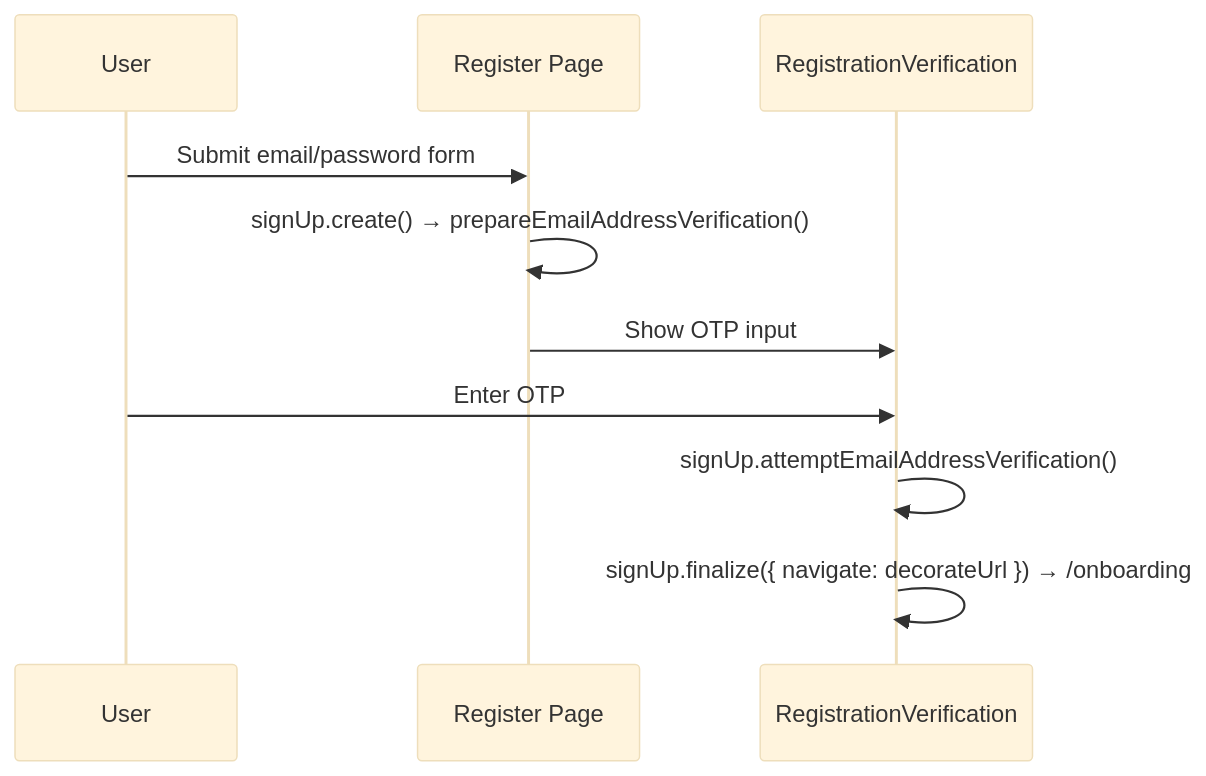
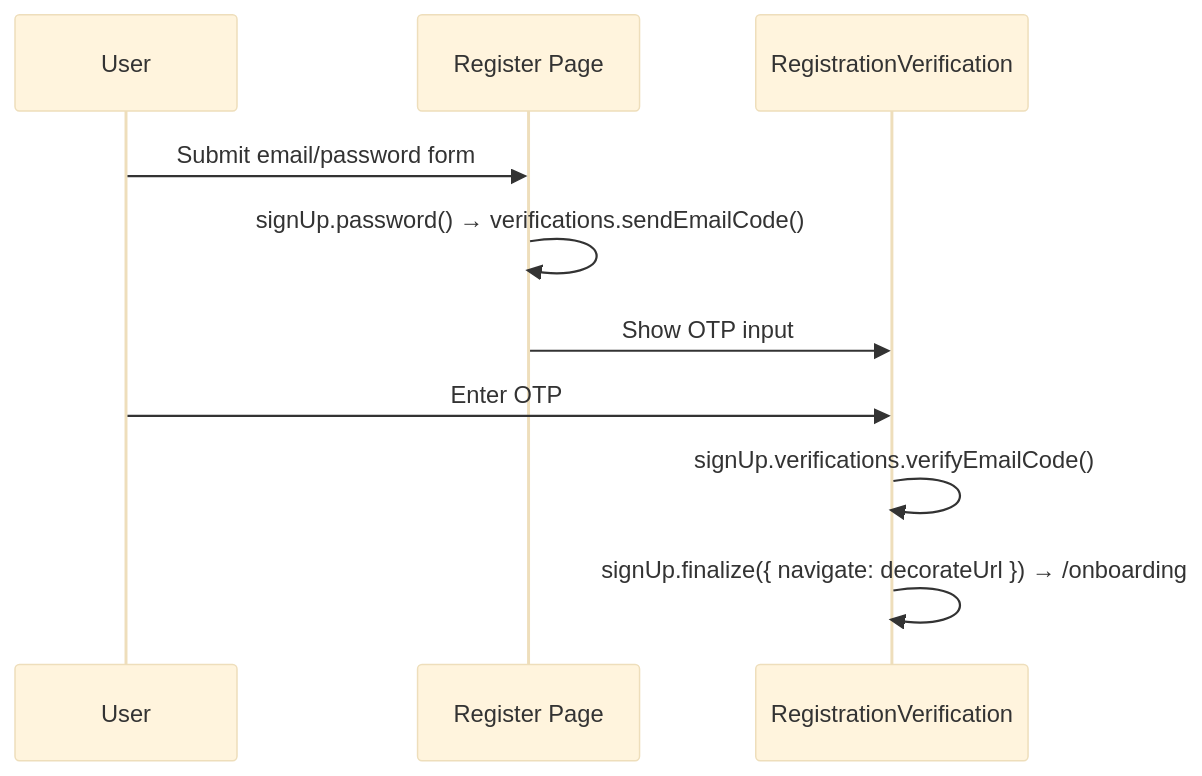
Before and after one commit to myusubov/tailorcv: the first of 2 diagrams in docs/architecture/auth/flows/README.md, drawn with Mermaid (base theme). The commit also changed other lines of this file and 10 other files, not shown here.

````diff
--- a/docs/architecture/auth/flows/README.md
+++ b/docs/architecture/auth/flows/README.md
@@ -80,13 +80,13 @@
 ```mermaid
 sequenceDiagram
     participant U as User
     participant R as Register Page
     participant V as RegistrationVerification
 
     U->>R: Submit email/password form
-    R->>R: signUp.create() → prepareEmailAddressVerification()
+    R->>R: signUp.password() → verifications.sendEmailCode()
     R->>V: Show OTP input
     U->>V: Enter OTP
-    V->>V: signUp.attemptEmailAddressVerification()
+    V->>V: signUp.verifications.verifyEmailCode()
     V->>V: signUp.finalize({ navigate: decorateUrl }) → /onboarding
 ```
````
